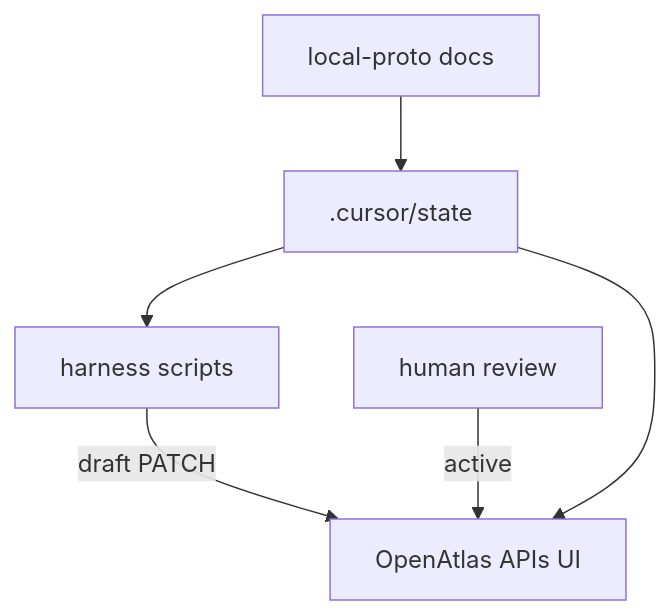
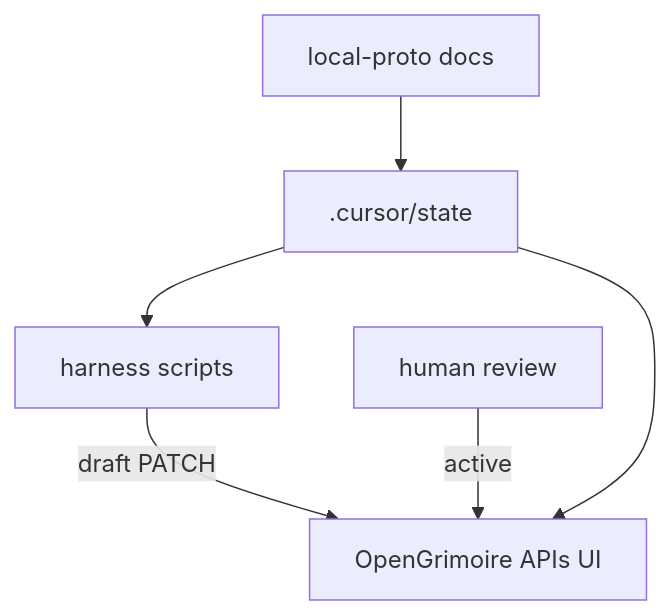
Before and after one commit to ManintheCrowds/media-ops-platform: the diagram in .cursor/plans/brainstorm_scope_synthesis_103a8a67.plan.md, drawn with Mermaid. The commit also changed other lines of this file and 40 other files, not shown here.

First line of the commit message:
Update plans and documentation to reflect OpenGrimoire transition

````diff
--- a/.cursor/plans/brainstorm_scope_synthesis_103a8a67.plan.md
+++ b/.cursor/plans/brainstorm_scope_synthesis_103a8a67.plan.md
@@ -87,13 +87,13 @@
 ```mermaid
 flowchart TB
   state[".cursor/state"]
   script["harness scripts"]
-  atlas["OpenAtlas APIs UI"]
+  atlas["OpenGrimoire APIs UI"]
   localdocs["local-proto docs"]
   state --> script
   script -->|"draft PATCH"| atlas
   human["human review"]
   human -->|"active"| atlas
   localdocs --> state
   state --> atlas
 ```
````
